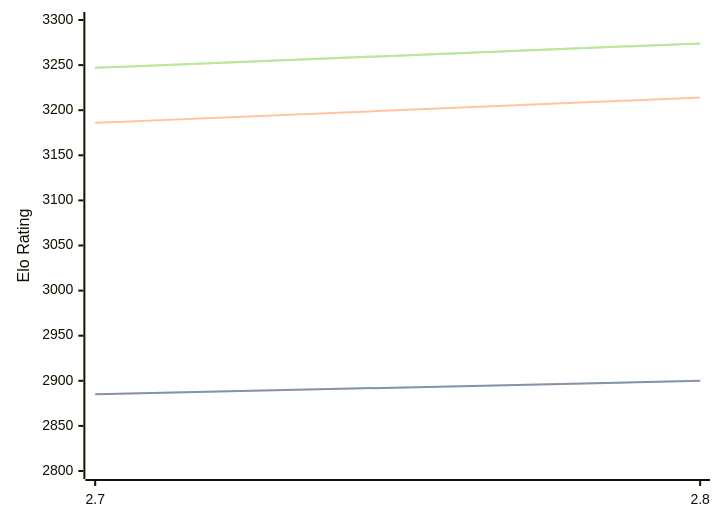
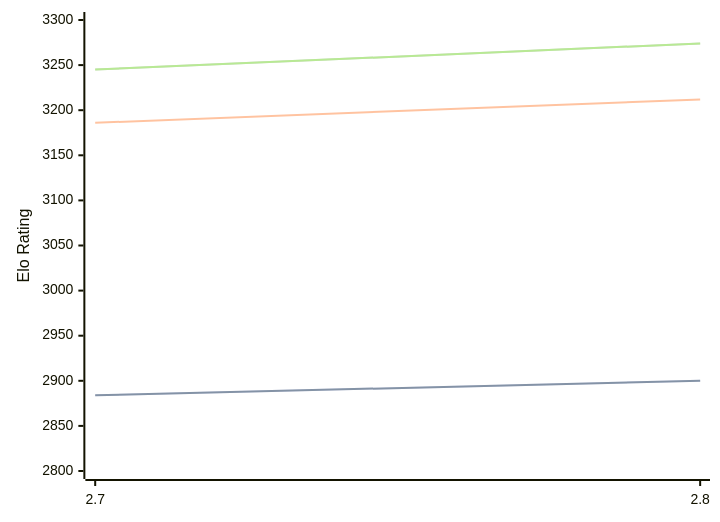
Before and after one commit to computer-chess-index/cci: the diagram in engines/Arcanum.md, drawn with Mermaid. The commit also changed other lines of this file, not shown here.

Commit message:
Update CCI Ratings (ELO VLTC) - 2026-06-12

````diff
--- a/engines/Arcanum.md
+++ b/engines/Arcanum.md
@@ -44,11 +44,11 @@
 ```mermaid
 %%{init: {"theme":"base","themeVariables":{"seriesColors:['#a3a3a3','#222221','#faa371']}}}%%
 xychart-beta
   x-axis ["2.7", "2.8"]
   y-axis "Elo Rating" 2800 --> 3300
-  line "STC (8.0+0.08s)" [2885, 2900]
-  line "STC (8.0+0.08s)" [2885, 2900]
-  line "LTC (60.0+0.60s)" [3186, 3214]
-  line "VLTC (2m24s+1.12s)" [3247, 3274]
-  line "VLTC (2m24s+1.12s)" [3247, 3274]
+  line "STC (8.0+0.08s)" [2884, 2900]
+  line "STC (8.0+0.08s)" [2884, 2900]
+  line "LTC (60.0+0.60s)" [3186, 3212]
+  line "VLTC (2m24s+1.12s)" [3245, 3274]
+  line "VLTC (2m24s+1.12s)" [3245, 3274]
 ```
````
